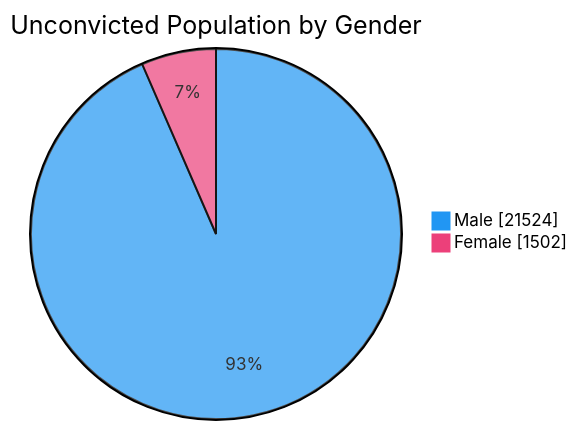
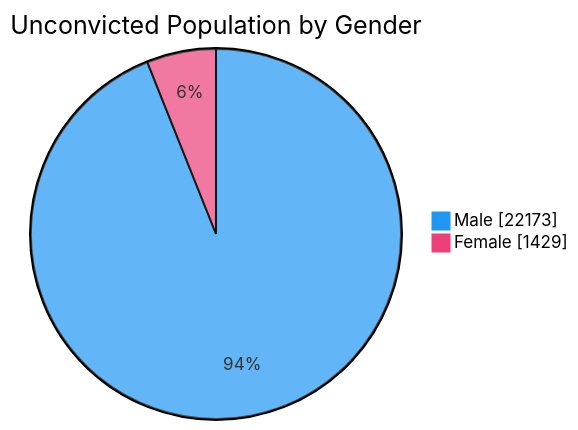
One commit to nuuuwan/lk_prisons changed the fourth of 7 diagrams in README.md. Above: the diagram before and after it, drawn with Mermaid. The commit also changed other lines of this file and 1 other file, not shown here.

````diff
--- a/README.md
+++ b/README.md
@@ -76,6 +76,6 @@
 ```mermaid
 %%{init: {'themeVariables': {'pie1': '#2196F3', 'pie2': '#EC407A'}}}%%
 pie showData title Unconvicted Population by Gender
-    "Male" : 21524
-    "Female" : 1502
+    "Male" : 22173
+    "Female" : 1429
 ```
````
